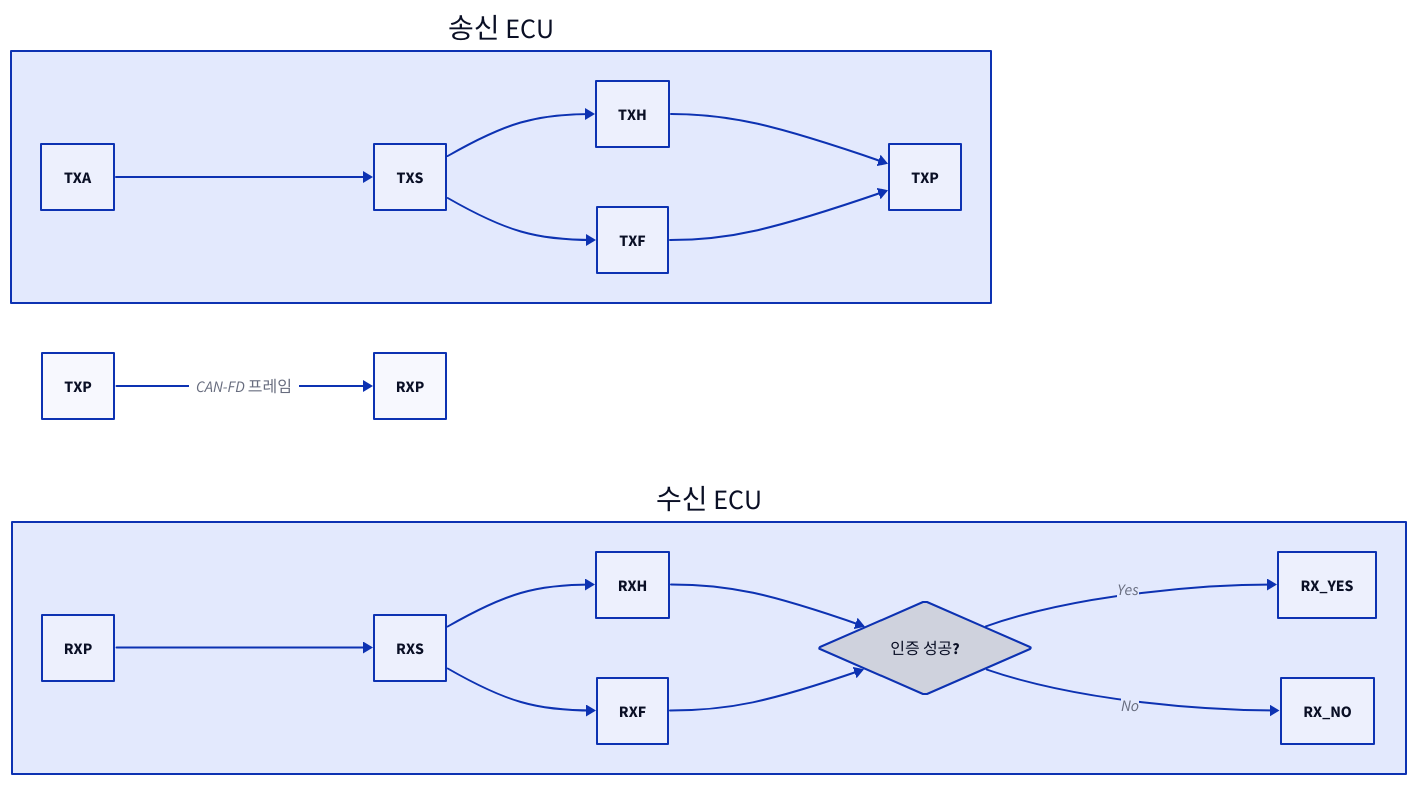
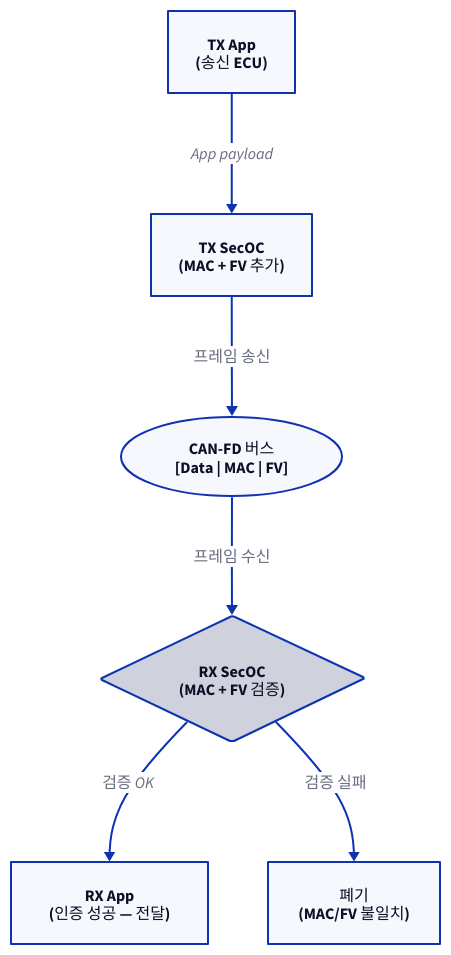
Before and after one commit to humbleowl39/DV_SKOOL: the sixth of 14 diagrams in topics/automotive_cybersecurity/docs/02_automotive_soc_security.md, drawn with D2. The commit also changed other lines of this file and 90 other files, not shown here.

First line of the commit message:
docs: 전 토픽 다이어그램 정비 — ASCII→D2, mermaid→D2, 과대 D2 가시성 수정

````diff
--- a/topics/automotive_cybersecurity/docs/02_automotive_soc_security.md
+++ b/topics/automotive_cybersecurity/docs/02_automotive_soc_security.md
@@ -306,35 +313,16 @@
 ```d2
-direction: right
+direction: down
 
-TX: "송신 ECU" {
-  direction: down
-  # unparsed: TXA["App Data"]
-  # unparsed: TXS["SecOC Module"]
-  # unparsed: TXH["HSM<br/>MAC 생성 요청<br/>(Key ID + Data + FV)"]
-  # unparsed: TXF["Freshness Value 생성<br/>(카운터 / 타임스탬프)"]
-  # unparsed: TXP["Secured PDU<br/>= Data + Truncated MAC + FV"]
-  TXA -> TXS
-  TXS -> TXH
-  TXS -> TXF
-  TXH -> TXP
-  TXF -> TXP
-}
-RX: "수신 ECU" {
-  direction: down
-  # unparsed: RXP["Secured PDU 수신"]
-  # unparsed: RXS["SecOC Module"]
-  # unparsed: RXH["HSM<br/>MAC 검증 요청<br/>(Key ID + Data + FV + MAC)"]
-  # unparsed: RXF["Freshness Value 검증<br/>(허용 범위 내?)"]
-  RXOK: "인증 성공?" { shape: diamond }
-  # unparsed: RX_YES["App 전달"]
-  # unparsed: RX_NO["폐기 + 에러 보고"]
-  RXP -> RXS
-  RXS -> RXH
-  RXS -> RXF
-  RXH -> RXOK
-  RXF -> RXOK
-  RXOK -> RX_YES: "Yes"
-  RXOK -> RX_NO: "No"
-}
-TXP -> RXP: "CAN-FD 프레임"
+TX_APP: "TX App\n(송신 ECU)"
+TX_SECOC: "TX SecOC\n(MAC + FV 추가)"
+CAN: "CAN-FD 버스\n[Data | MAC | FV]" { shape: oval }
+RX_SECOC: "RX SecOC\n(MAC + FV 검증)" { shape: diamond }
+RX_OK: "RX App\n(인증 성공 — 전달)"
+RX_NO: "폐기\n(MAC/FV 불일치)"
+
+TX_APP -> TX_SECOC: "App payload"
+TX_SECOC -> CAN: "프레임 송신"
+CAN -> RX_SECOC: "프레임 수신"
+RX_SECOC -> RX_OK: "검증 OK"
+RX_SECOC -> RX_NO: "검증 실패"
 ```
````
